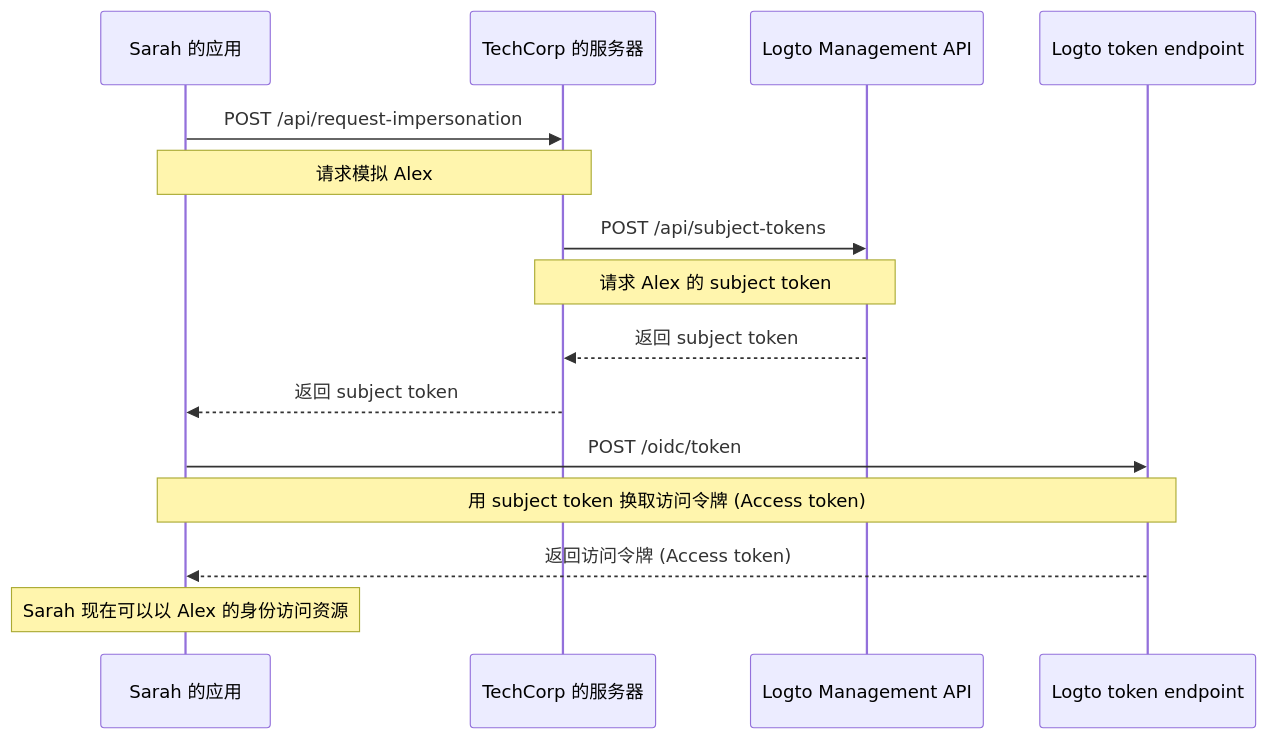
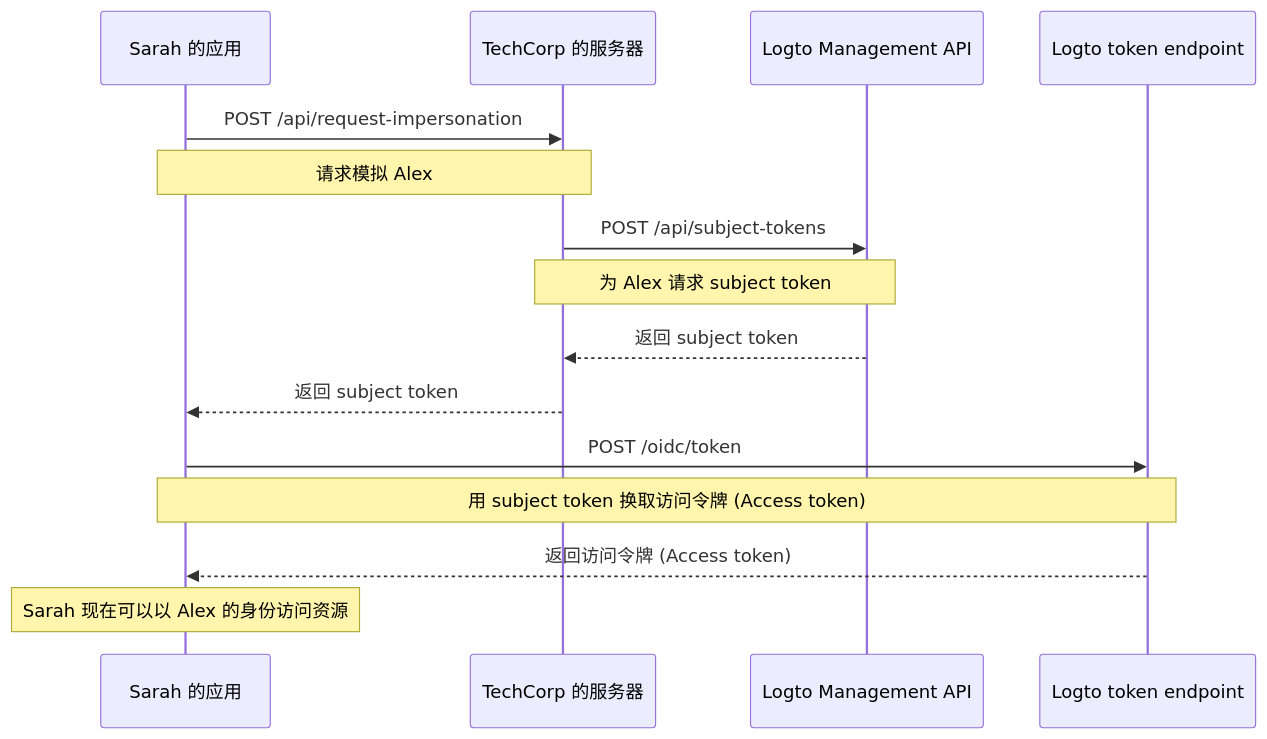
Before and after one commit to logto-io/docs: the diagram in i18n/zh-CN/docusaurus-plugin-content-docs/current/developers/user-impersonation.mdx, drawn with Mermaid. The commit also changed other lines of this file and 161 other files, not shown here.

````diff
--- a/i18n/zh-CN/docusaurus-plugin-content-docs/current/developers/user-impersonation.mdx
+++ b/i18n/zh-CN/docusaurus-plugin-content-docs/current/developers/user-impersonation.mdx
@@ -18,22 +18,22 @@
 ```mermaid
 sequenceDiagram
     participant Sarah as Sarah 的应用
     participant TechCorp as TechCorp 的服务器
     participant Logto as Logto Management API
     participant LogtoToken as Logto token endpoint
 
     Sarah->>TechCorp: POST /api/request-impersonation
     Note over Sarah,TechCorp: 请求模拟 Alex
 
     TechCorp->>Logto: POST /api/subject-tokens
-    Note over TechCorp,Logto: 请求 Alex 的 subject token
+    Note over TechCorp,Logto: 为 Alex 请求 subject token
 
     Logto-->>TechCorp: 返回 subject token
     TechCorp-->>Sarah: 返回 subject token
 
     Sarah->>LogtoToken: POST /oidc/token
     Note over Sarah,LogtoToken: 用 subject token 换取访问令牌 (Access token)
 
     LogtoToken-->>Sarah: 返回访问令牌 (Access token)
     Note over Sarah: Sarah 现在可以以 Alex 的身份访问资源
 ```
````
